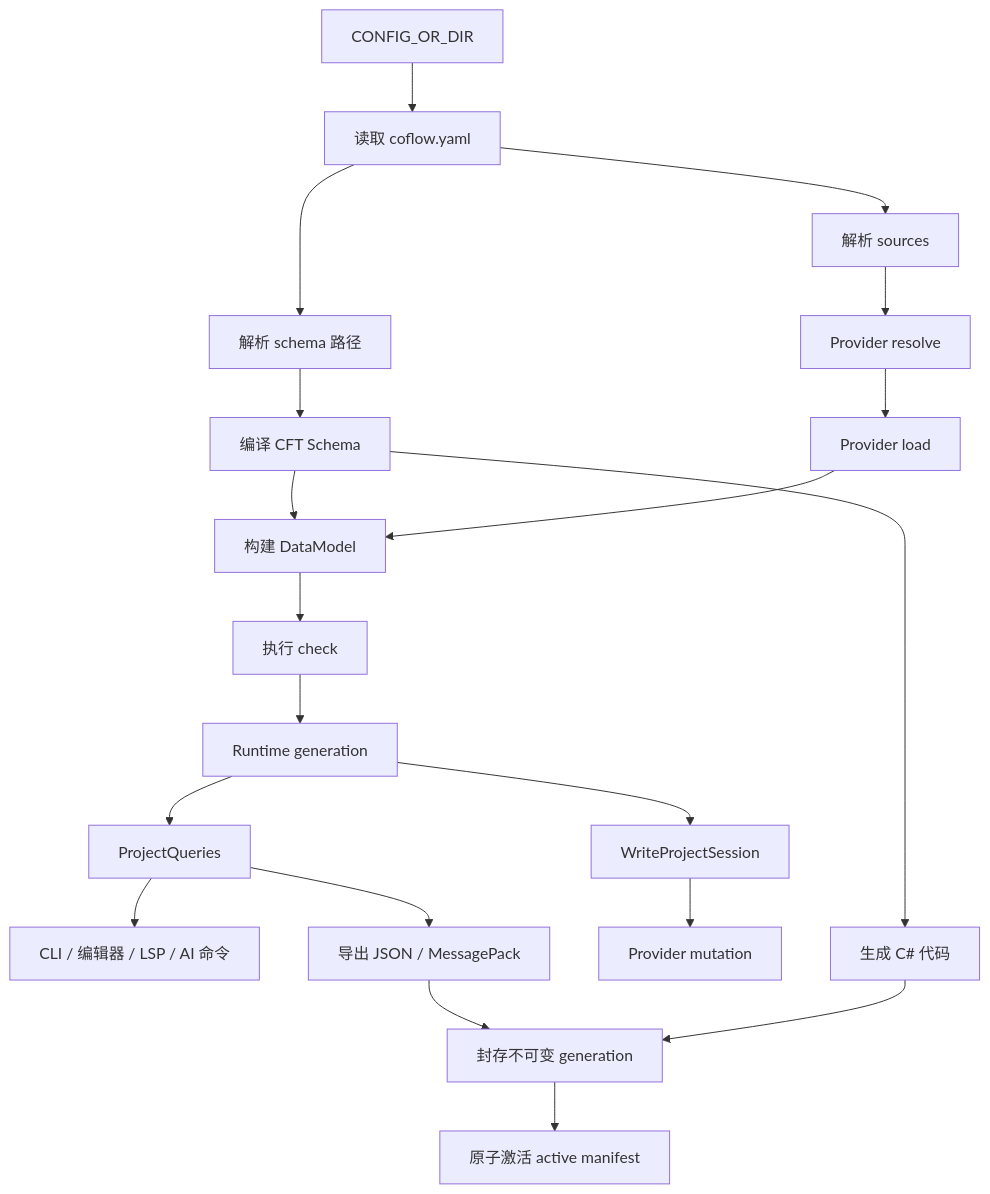
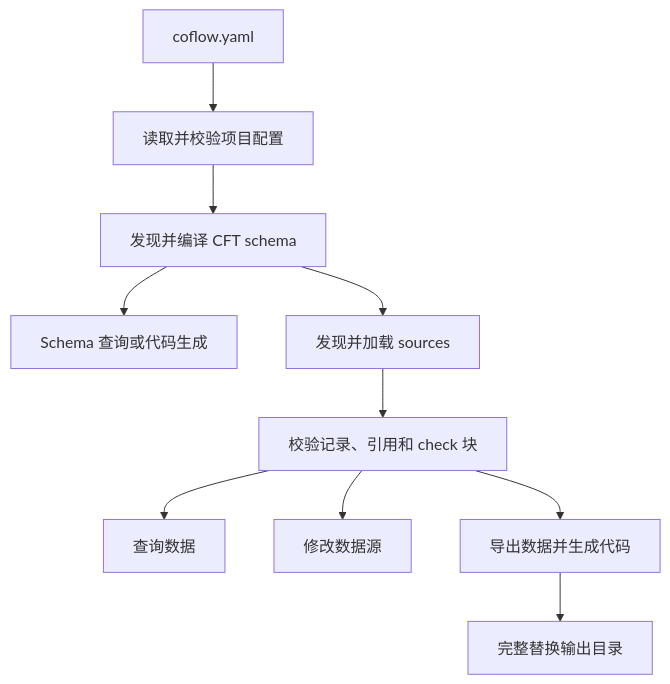
Before and after one commit to Puring103/coflow: the diagram in skills/coflow-workflow/references/project-pipeline.md, drawn with Mermaid. The commit also changed other lines of this file and 8 other files, not shown here.

Commit message:
fix: align project docs and codegen target selection

````diff
--- a/skills/coflow-workflow/references/project-pipeline.md
+++ b/skills/coflow-workflow/references/project-pipeline.md
@@ -5,22 +5,12 @@
 ```mermaid
 flowchart TD
-  input["CONFIG_OR_DIR"] --> config["读取 coflow.yaml"]
-  config --> schemaPaths["解析 schema 路径"]
-  schemaPaths --> compile["编译 CFT Schema"]
-  config --> sourceConfig["解析 sources"]
-  sourceConfig --> resolve["Provider resolve"]
-  resolve --> load["Provider load"]
-  compile --> model["构建 DataModel"]
-  load --> model
-  model --> check["执行 check"]
-  check --> generation["Runtime generation"]
-  generation --> queries["ProjectQueries"]
-  generation --> write["WriteProjectSession"]
-  queries --> cli["CLI / 编辑器 / LSP / AI 命令"]
-  queries --> export["导出 JSON / MessagePack"]
-  write --> mutation["Provider mutation"]
-  compile --> codegen["生成 C# 代码"]
-  export --> artifacts["封存不可变 generation"]
-  codegen --> artifacts
-  artifacts --> manifest["原子激活 active manifest"]
+  input["coflow.yaml"] --> config["读取并校验项目配置"]
+  config --> schema["发现并编译 CFT schema"]
+  schema --> schemaOnly["Schema 查询或代码生成"]
+  schema --> sources["发现并加载 sources"]
+  sources --> validate["校验记录、引用和 check 块"]
+  validate --> query["查询数据"]
+  validate --> mutation["修改数据源"]
+  validate --> output["导出数据并生成代码"]
+  output --> publish["完整替换输出目录"]
 ```
````
